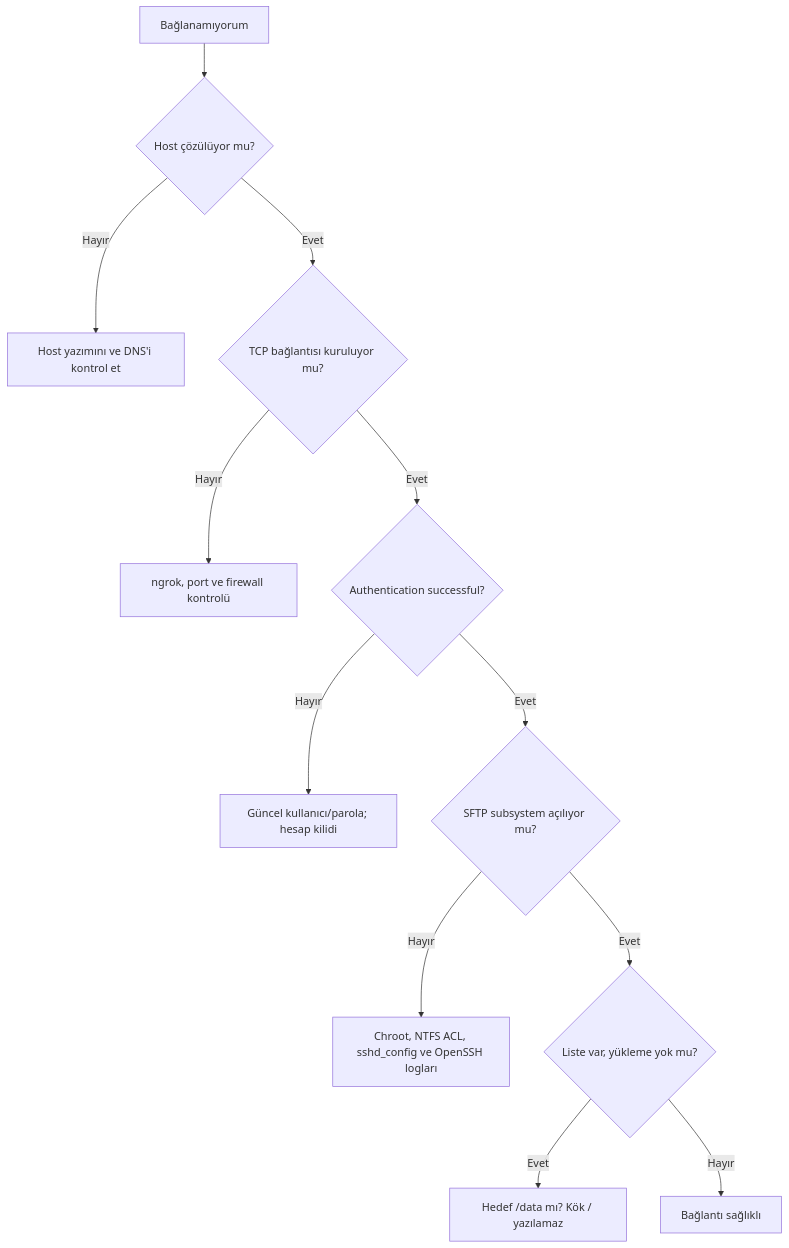
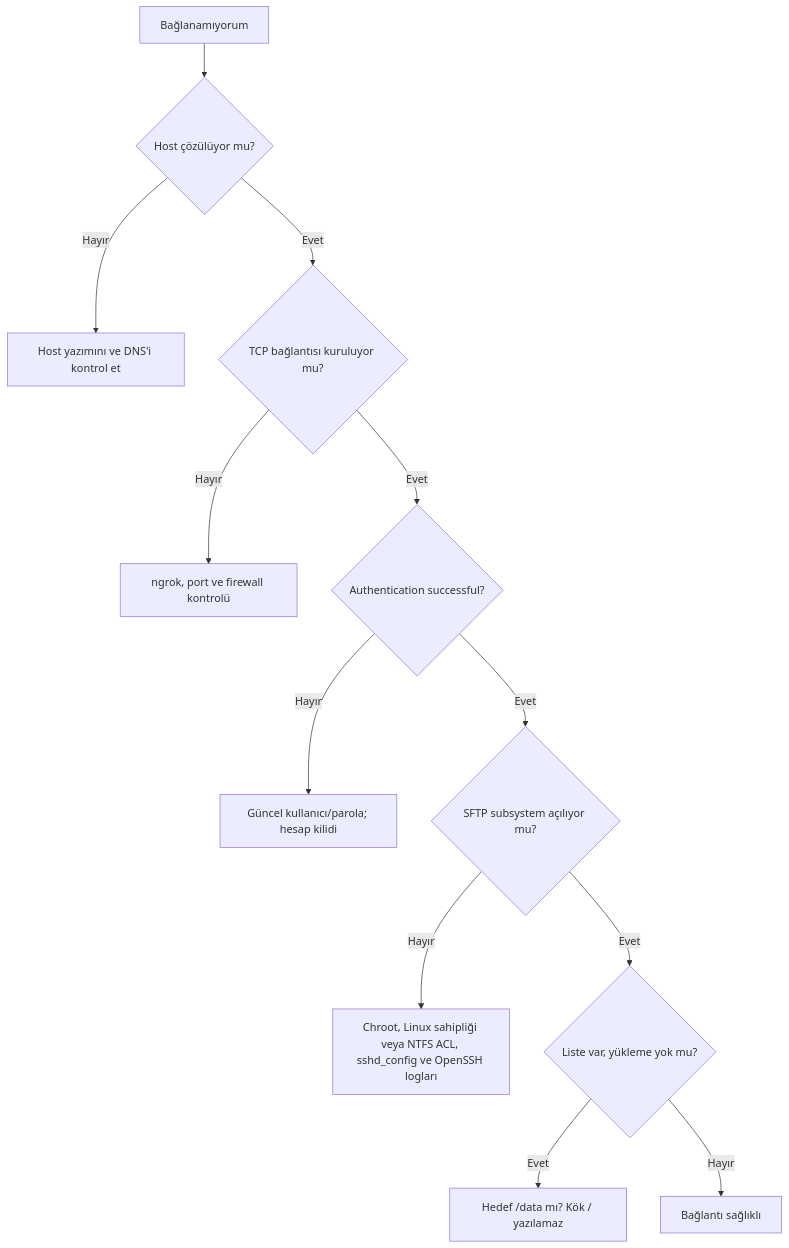
Before and after one commit to ottamina/FTP_Dosya_Yonetimi: the third of 5 diagrams in docs/05_KURULUM_ISLETIM_VE_SORUN_GIDERME.md, drawn with Mermaid. The commit also changed other lines of this file and 9 other files, not shown here.

````diff
--- a/docs/05_KURULUM_ISLETIM_VE_SORUN_GIDERME.md
+++ b/docs/05_KURULUM_ISLETIM_VE_SORUN_GIDERME.md
@@ -96,14 +113,14 @@
 ```mermaid
 flowchart TD
     Start["Bağlanamıyorum"] --> DNS{"Host çözülüyor mu?"}
     DNS -->|Hayır| Host["Host yazımını ve DNS'i kontrol et"]
     DNS -->|Evet| TCP{"TCP bağlantısı kuruluyor mu?"}
     TCP -->|Hayır| Tunnel["ngrok, port ve firewall kontrolü"]
     TCP -->|Evet| Auth{"Authentication successful?"}
     Auth -->|Hayır| Credential["Güncel kullanıcı/parola; hesap kilidi"]
     Auth -->|Evet| Subsystem{"SFTP subsystem açılıyor mu?"}
-    Subsystem -->|Hayır| ACL["Chroot, NTFS ACL, sshd_config ve OpenSSH logları"]
+    Subsystem -->|Hayır| ACL["Chroot, Linux sahipliği veya NTFS ACL, sshd_config ve OpenSSH logları"]
     Subsystem -->|Evet| Write{"Liste var, yükleme yok mu?"}
     Write -->|Evet| Data["Hedef /data mı? Kök / yazılamaz"]
     Write -->|Hayır| Success["Bağlantı sağlıklı"]
 ```
````
